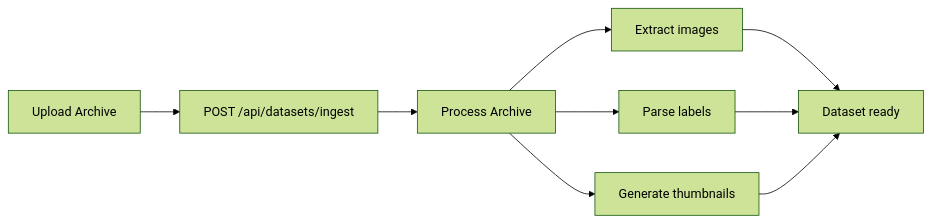
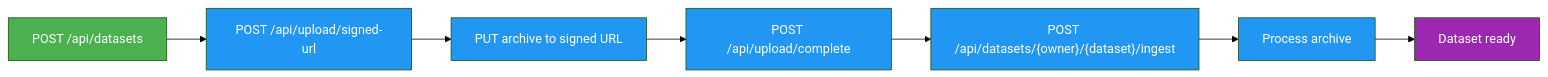
One commit to KATe-AGI/Embodied_VG changed the second of 4 diagrams in ultralytics/docs/en/platform/api/index.md. Above: the diagram before and after it, drawn with Mermaid (forest theme). The commit also changed other lines of this file and 980 other files, not shown here.

````diff
--- a/ultralytics/docs/en/platform/api/index.md
+++ b/ultralytics/docs/en/platform/api/index.md
@@ -518,9 +899,13 @@
 ```mermaid
 graph LR
-    A[Upload Archive] --> B[POST /api/datasets/ingest]
-    B --> C[Process Archive]
-    C --> D[Extract images]
-    C --> E[Parse labels]
-    C --> F[Generate thumbnails]
-    D & E & F --> G[Dataset ready]
+    A[POST /api/datasets]:::start --> B[POST /api/upload/signed-url]:::proc
+    B --> C[PUT archive to signed URL]:::proc
+    C --> D[POST /api/upload/complete]:::proc
+    D --> E["POST /api/datasets/{owner}/{dataset}/ingest"]:::proc
+    E --> F[Process archive]:::proc
+    F --> G[Dataset ready]:::out
+
+    classDef start fill:#4CAF50,color:#fff
+    classDef proc fill:#2196F3,color:#fff
+    classDef out fill:#9C27B0,color:#fff
 ```
````
